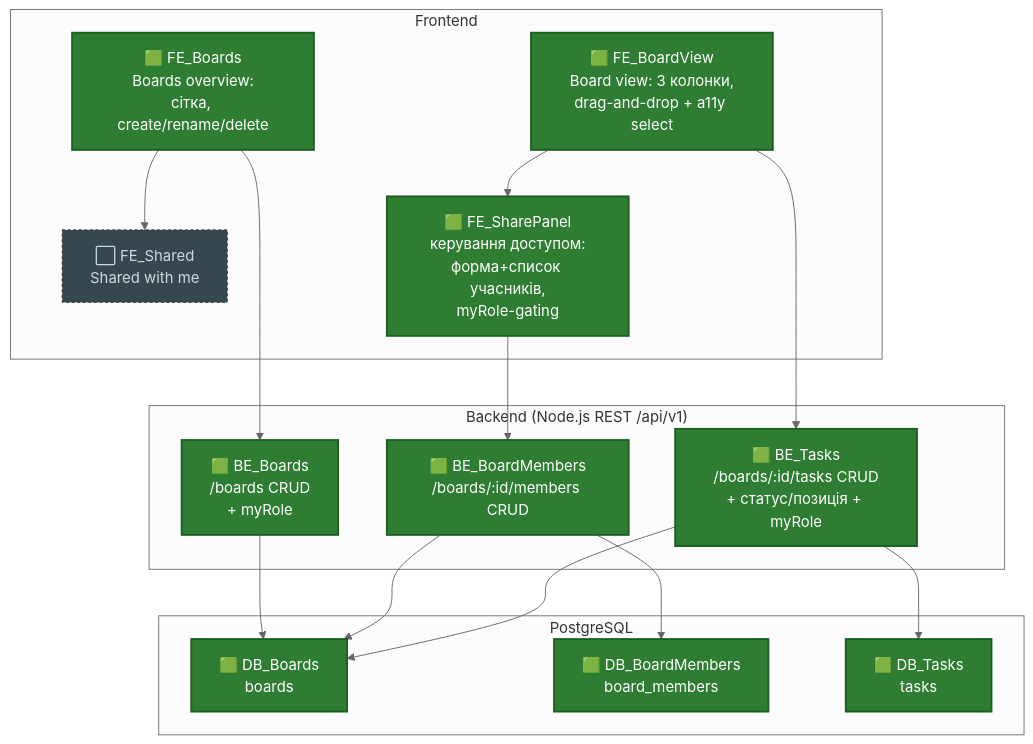
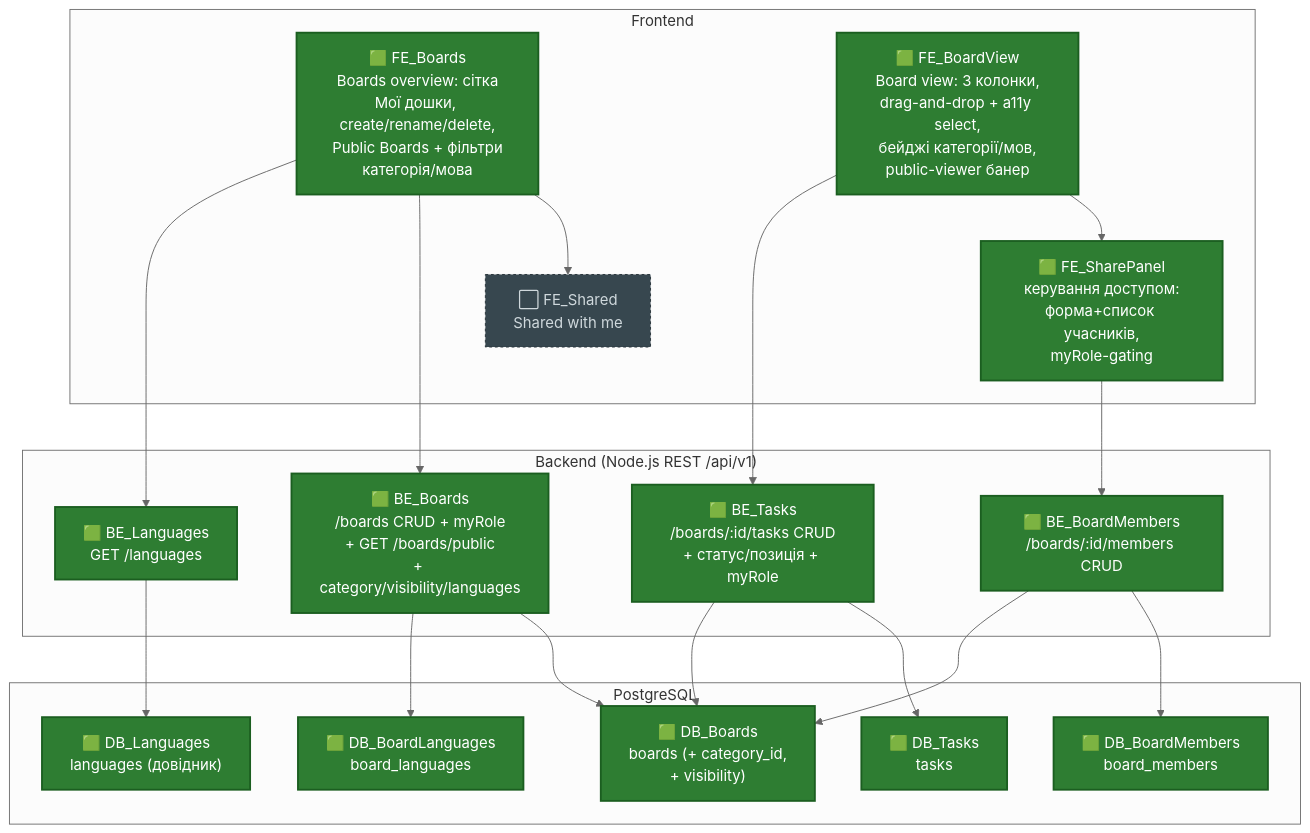
The second of 4 diagrams in PROJECT_MAP.md (ansukhorukova/learn-it), drawn with Mermaid (neutral theme) before and after one commit. The commit also changed other lines of this file and 2 other files, not shown here.

Commit message:
docs: update PROJECT_MAP.md — категорії, публічна видимість і мови борду + реструктуризація Boards overview (US-021…US-024)

````diff
--- a/PROJECT_MAP.md
+++ b/PROJECT_MAP.md
@@ -74,39 +74,45 @@
 ```mermaid
 graph TD
   classDef done fill:#2e7d32,color:#ffffff,stroke:#1b5e20,stroke-width:2px;
   classDef progress fill:#f9a825,color:#1a1a1a,stroke:#f57f17,stroke-width:2px;
   classDef planned fill:#37474f,color:#cfd8dc,stroke:#263238,stroke-width:1px,stroke-dasharray: 3 3;
 
   subgraph FE["Frontend"]
-    FE_Boards["🟩 FE_Boards<br/>Boards overview:<br/>сітка, create/rename/delete"]
+    FE_Boards["🟩 FE_Boards<br/>Boards overview: сітка<br/>Мої дошки, create/rename/delete,<br/>Public Boards + фільтри<br/>категорія/мова"]
     FE_Shared["⬜ FE_Shared<br/>Shared with me"]
-    FE_BoardView["🟩 FE_BoardView<br/>Board view: 3 колонки,<br/>drag-and-drop + a11y select"]
+    FE_BoardView["🟩 FE_BoardView<br/>Board view: 3 колонки,<br/>drag-and-drop + a11y select,<br/>бейджі категорії/мов,<br/>public-viewer банер"]
     FE_SharePanel["🟩 FE_SharePanel<br/>керування доступом:<br/>форма+список учасників,<br/>myRole-gating"]
   end
 
   subgraph BE["Backend (Node.js REST /api/v1)"]
-    BE_Boards["🟩 BE_Boards<br/>/boards CRUD<br/>+ myRole"]
+    BE_Boards["🟩 BE_Boards<br/>/boards CRUD + myRole<br/>+ GET /boards/public<br/>+ category/visibility/languages"]
     BE_BoardMembers["🟩 BE_BoardMembers<br/>/boards/:id/members CRUD"]
     BE_Tasks["🟩 BE_Tasks<br/>/boards/:id/tasks CRUD<br/>+ статус/позиція + myRole"]
+    BE_Languages["🟩 BE_Languages<br/>GET /languages"]
   end
 
   subgraph DB["PostgreSQL"]
-    DB_Boards["🟩 DB_Boards<br/>boards"]
+    DB_Boards["🟩 DB_Boards<br/>boards (+ category_id,<br/>+ visibility)"]
     DB_BoardMembers["🟩 DB_BoardMembers<br/>board_members"]
     DB_Tasks["🟩 DB_Tasks<br/>tasks"]
+    DB_Languages["🟩 DB_Languages<br/>languages (довідник)"]
+    DB_BoardLanguages["🟩 DB_BoardLanguages<br/>board_languages"]
   end
 
   FE_Boards --> FE_Shared
   FE_Boards --> BE_Boards
+  FE_Boards --> BE_Languages
   BE_Boards --> DB_Boards
+  BE_Boards --> DB_BoardLanguages
+  BE_Languages --> DB_Languages
   FE_BoardView --> FE_SharePanel
   FE_SharePanel --> BE_BoardMembers
   BE_BoardMembers --> DB_BoardMembers
   BE_BoardMembers --> DB_Boards
   FE_BoardView --> BE_Tasks
   BE_Tasks --> DB_Tasks
   BE_Tasks --> DB_Boards
 
-  class FE_Boards,FE_BoardView,FE_SharePanel,BE_Boards,BE_BoardMembers,BE_Tasks,DB_Boards,DB_BoardMembers,DB_Tasks done;
+  class FE_Boards,FE_BoardView,FE_SharePanel,BE_Boards,BE_BoardMembers,BE_Tasks,BE_Languages,DB_Boards,DB_BoardMembers,DB_Tasks,DB_Languages,DB_BoardLanguages done;
   class FE_Shared planned;
 ```
````
